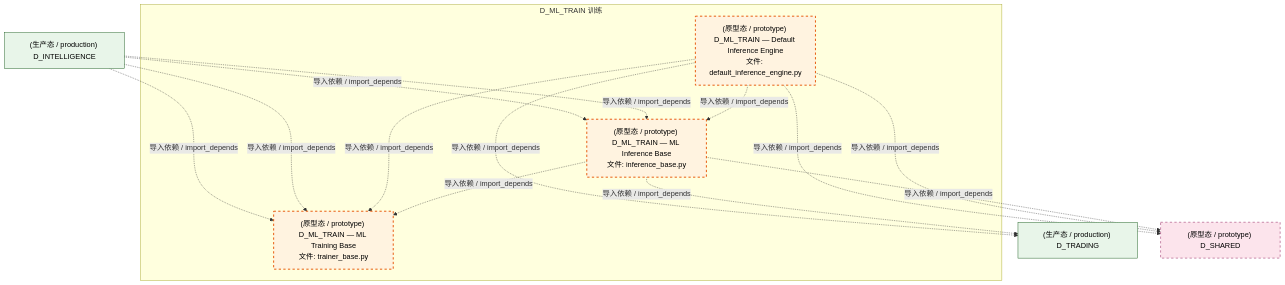
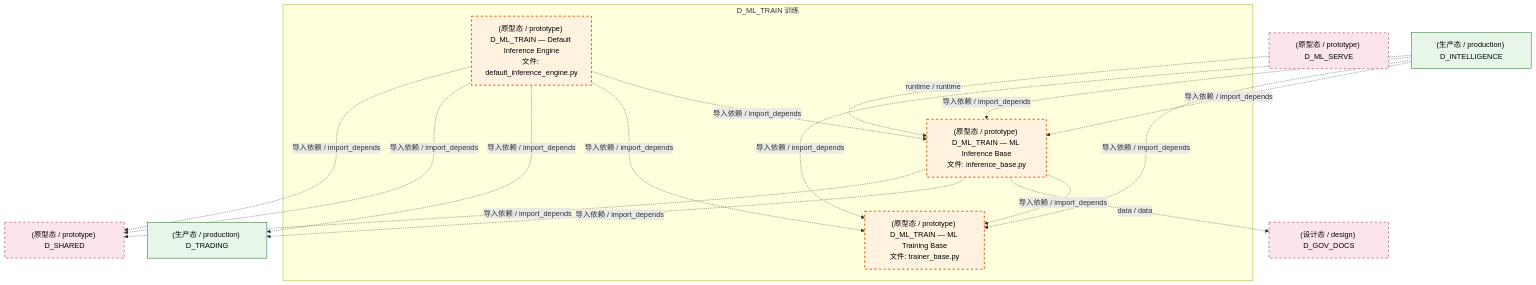
One commit to xuanFelixVan/ZephyrAlpha changed the third of 4 diagrams in docs/02_enterprise_architecture/02_domain_architecture_docs/50_d_ml_train.md. Above: the diagram before and after it, drawn with Mermaid. The commit also changed other lines of this file and 71 other files, not shown here.

````diff
--- a/docs/02_enterprise_architecture/02_domain_architecture_docs/50_d_ml_train.md
+++ b/docs/02_enterprise_architecture/02_domain_architecture_docs/50_d_ml_train.md
@@ -135,30 +138,34 @@
 ```mermaid
 graph TD
     subgraph D_ML_TRAIN["D_ML_TRAIN 训练"]
         src_zephyr_ml_train_implementations_default_inference_engine_py["(原型态 / prototype) D_ML_TRAIN — Default Inference Engine<br/>文件: default_inference_engine.py"]
         src_zephyr_ml_train_inference_base_py["(原型态 / prototype) D_ML_TRAIN — ML Inference Base<br/>文件: inference_base.py"]
         src_zephyr_ml_train_trainer_base_py["(原型态 / prototype) D_ML_TRAIN — ML Training Base<br/>文件: trainer_base.py"]
     end
     src_zephyr_ml_train_inference_base_py -.->|导入依赖 / import_depends| src_zephyr_ml_train_trainer_base_py
     src_zephyr_ml_train_implementations_default_inference_engine_py -.->|导入依赖 / import_depends| src_zephyr_ml_train_inference_base_py
     src_zephyr_ml_train_implementations_default_inference_engine_py -.->|导入依赖 / import_depends| src_zephyr_ml_train_trainer_base_py
+    D_GOV_DOCS["(设计态 / design) D_GOV_DOCS"]
+    src_zephyr_ml_train_inference_base_py -.->|data / data| D_GOV_DOCS
     D_TRADING["(生产态 / production) D_TRADING"]
     src_zephyr_ml_train_inference_base_py -.->|导入依赖 / import_depends| D_TRADING
     D_SHARED["(原型态 / prototype) D_SHARED"]
     src_zephyr_ml_train_inference_base_py -.->|导入依赖 / import_depends| D_SHARED
     src_zephyr_ml_train_implementations_default_inference_engine_py -.->|导入依赖 / import_depends| D_TRADING
     src_zephyr_ml_train_implementations_default_inference_engine_py -.->|导入依赖 / import_depends| D_SHARED
     src_zephyr_ml_train_implementations_default_inference_engine_py -.->|导入依赖 / import_depends| D_SHARED
+    D_ML_SERVE["(原型态 / prototype) D_ML_SERVE"]
+    D_ML_SERVE -.->|runtime / runtime| src_zephyr_ml_train_inference_base_py
     D_INTELLIGENCE["(生产态 / production) D_INTELLIGENCE"]
     D_INTELLIGENCE -.->|导入依赖 / import_depends| src_zephyr_ml_train_inference_base_py
     D_INTELLIGENCE -.->|导入依赖 / import_depends| src_zephyr_ml_train_trainer_base_py
     D_INTELLIGENCE -.->|导入依赖 / import_depends| src_zephyr_ml_train_inference_base_py
     D_INTELLIGENCE -.->|导入依赖 / import_depends| src_zephyr_ml_train_trainer_base_py
     classDef production fill:#e1f5fe,stroke:#01579b,stroke-width:2px,color:#000
     classDef design fill:#fff3e0,stroke:#e65100,stroke-width:2px,color:#000,stroke-dasharray: 5 5
     classDef external_prod fill:#e8f5e9,stroke:#1b5e20,stroke-width:1px,color:#000
     classDef external_design fill:#fce4ec,stroke:#880e4f,stroke-width:1px,color:#000,stroke-dasharray: 5 5
     class src_zephyr_ml_train_implementations_default_inference_engine_py,src_zephyr_ml_train_inference_base_py,src_zephyr_ml_train_trainer_base_py design
     class D_TRADING,D_INTELLIGENCE external_prod
-    class D_SHARED external_design
+    class D_GOV_DOCS,D_SHARED,D_ML_SERVE external_design
 ```
````
